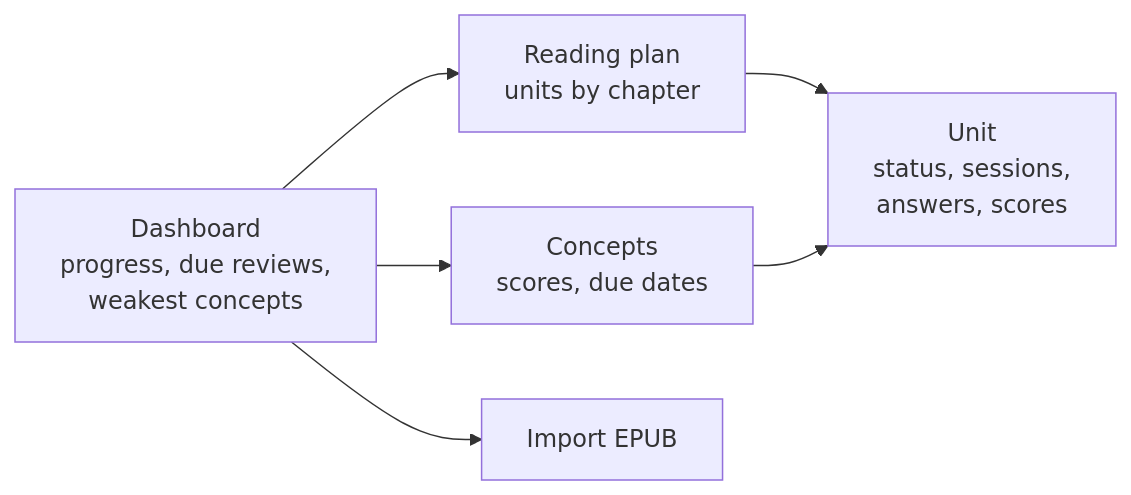
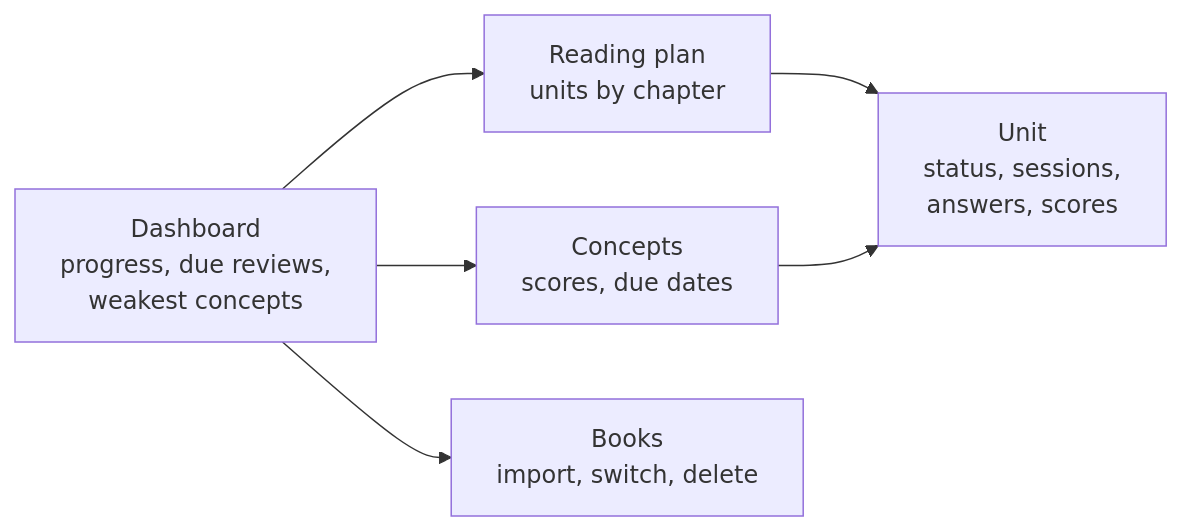
Before and after one commit to paulnopaul/ddia-assist: the diagram in docs/spec/06-web-ui.md, drawn with Mermaid. The commit also changed other lines of this file and 7 other files, not shown here.

````diff
--- a/docs/spec/06-web-ui.md
+++ b/docs/spec/06-web-ui.md
@@ -7,8 +7,8 @@
 ```mermaid
 flowchart LR
     Home["Dashboard<br/>progress, due reviews,<br/>weakest concepts"] --> Plan["Reading plan<br/>units by chapter"]
     Home --> Concepts["Concepts<br/>scores, due dates"]
     Plan --> Unit["Unit<br/>status, sessions,<br/>answers, scores"]
     Concepts --> Unit
-    Home --> Import["Import EPUB"]
+    Home --> Books["Books<br/>import, switch, delete"]
 ```
````
